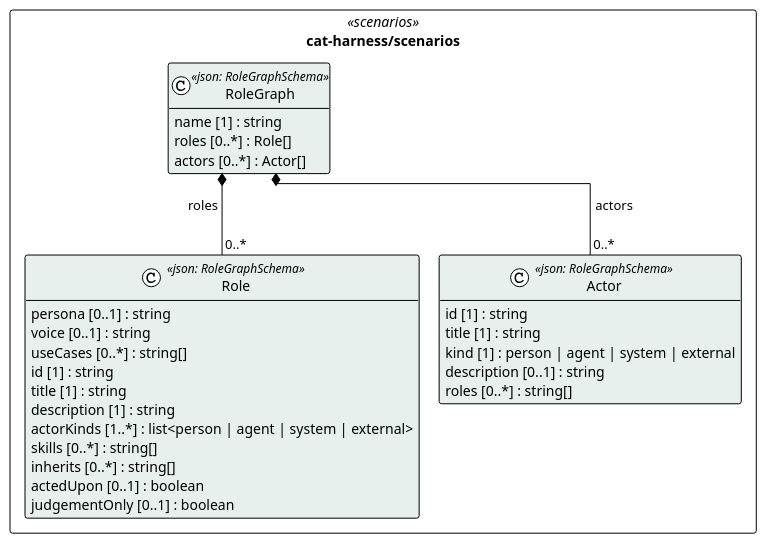
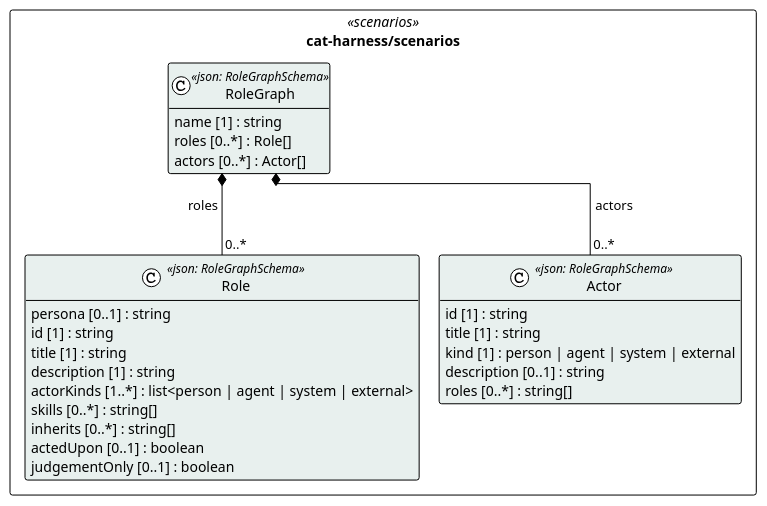
The diagram in cat-harness/uml/overview/cat-harness/scenarios.puml (litlfred/folio-assistant), drawn with PlantUML before and after one commit. The commit also changed 166 other files, not shown here.

First line of the commit message:
B2 (#1168): voices and user stories point at their role; Role.voice and Role.useCases out

```diff
--- a/cat-harness/uml/overview/cat-harness/scenarios.puml
+++ b/cat-harness/uml/overview/cat-harness/scenarios.puml
@@ -3,39 +3,37 @@
 @startuml cat_harness_scenarios
 !pragma layout elk
 !theme plain
 skinparam classAttributeIconSize 0
 skinparam shadowing false
 skinparam packageStyle rectangle
 hide empty methods
 
 package "cat-harness/scenarios" as pkg_cat_harness_scenarios <<scenarios>> {
   class "Role" as cat_harness_scenarios_Role <<json: RoleGraphSchema>> #e8f0ee {
     persona [0..1] : string
-    voice [0..1] : string
-    useCases [0..*] : string[]
     id [1] : string
     title [1] : string
     description [1] : string
     actorKinds [1..*] : list<person | agent | system | external>
     skills [0..*] : string[]
     inherits [0..*] : string[]
     actedUpon [0..1] : boolean
     judgementOnly [0..1] : boolean
   }
   class "Actor" as cat_harness_scenarios_Actor <<json: RoleGraphSchema>> #e8f0ee {
     id [1] : string
     title [1] : string
     kind [1] : person | agent | system | external
     description [0..1] : string
     roles [0..*] : string[]
   }
   class "RoleGraph" as cat_harness_scenarios_RoleGraph <<json: RoleGraphSchema>> #e8f0ee {
     name [1] : string
     roles [0..*] : Role[]
     actors [0..*] : Actor[]
   }
 }
 
 cat_harness_scenarios_RoleGraph *-- "0..*" cat_harness_scenarios_Role : roles
 cat_harness_scenarios_RoleGraph *-- "0..*" cat_harness_scenarios_Actor : actors
 @enduml
```
